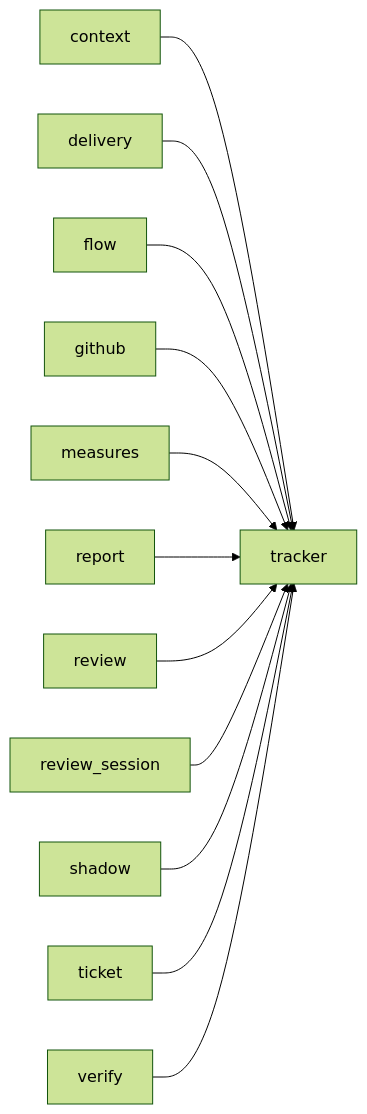
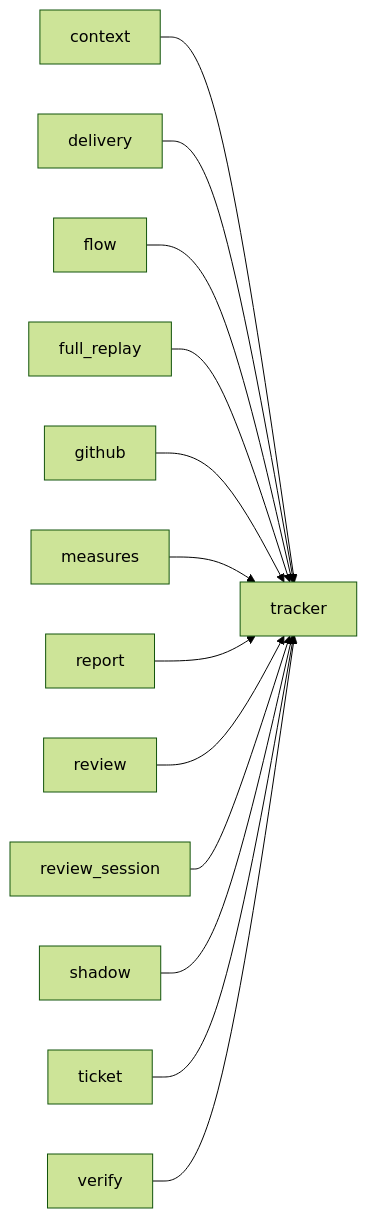
The third of 3 diagrams in docs/architecture/modules/tracker.md (plaplanche/ariane), drawn with Mermaid (forest theme) before and after one commit. The commit also changed other lines of this file and 41 other files, not shown here.

Commit message:
#186: Sampled full replay, escapes and escape rate in ariane report (C9, C19)

````diff
--- a/docs/architecture/modules/tracker.md
+++ b/docs/architecture/modules/tracker.md
@@ -102,14 +103,15 @@
 ```mermaid
 flowchart LR
   context --> tracker
   delivery --> tracker
   flow --> tracker
+  full_replay --> tracker
   github --> tracker
   measures --> tracker
   report --> tracker
   review --> tracker
   review_session --> tracker
   shadow --> tracker
   ticket --> tracker
   verify --> tracker
 ```
````
